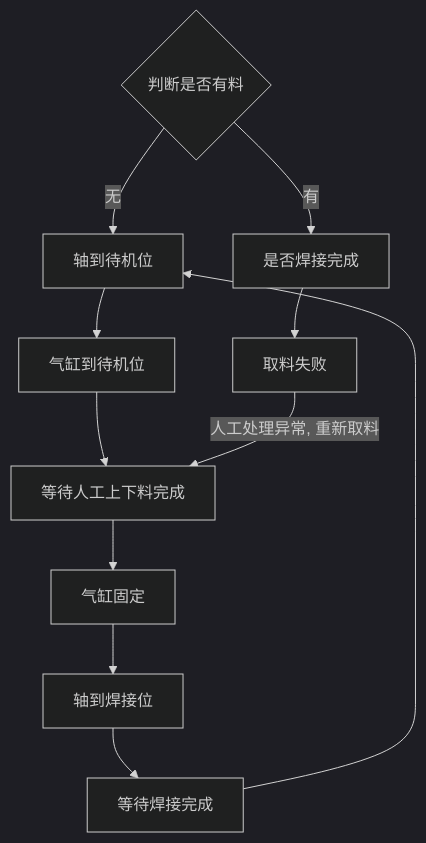
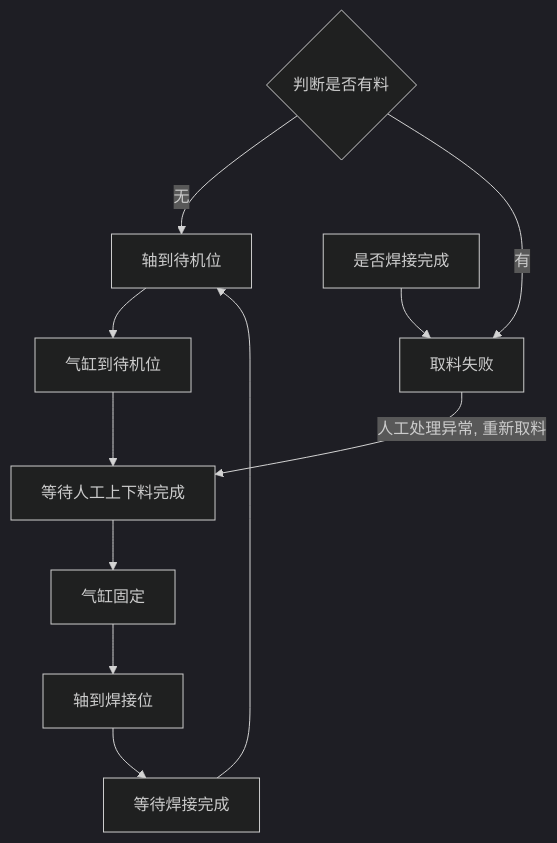
Before and after one commit to PengKun1/iodraw-files: the diagram in all/OP10 上料工位自动流程.md, drawn with Mermaid (dark theme).

Commit message:
2024-08-02 11:03:54 update

````diff
--- a/all/OP10 上料工位自动流程.md
+++ b/all/OP10 上料工位自动流程.md
@@ -1,15 +1,15 @@
 ```mermaid
 graph TD
 10{判断是否有料}-->|无|20
-10-->|有|100
+10-->|有|900
 20[轴到待机位]-->30
 30[气缸到待机位]-->40
 40[等待人工上下料完成]-->50
 50[气缸固定]-->60
 60[轴到焊接位]-->70
 70[等待焊接完成]-->20
 
 100[是否焊接完成]-->900
 
 900[取料失败]-->|人工处理异常, 重新取料|40
 ```
````
